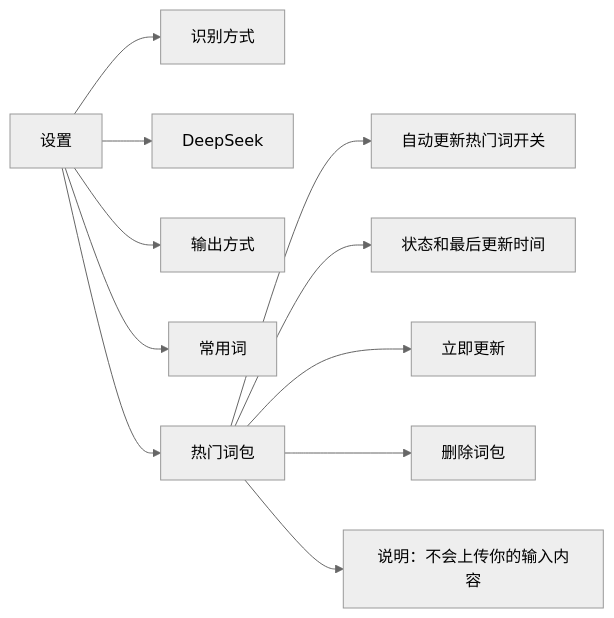
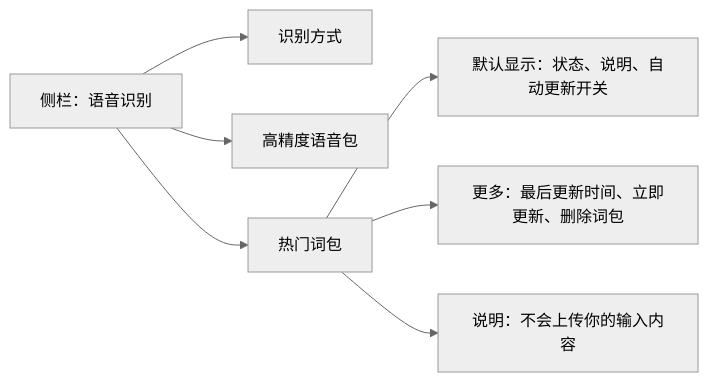
The fourth of 4 diagrams in docs/versions/1.4.0/INTERACTION_FLOW.zh-CN.md (whnnick/readytype), drawn with Mermaid (neutral theme) before and after one commit. The commit also changed other lines of this file and 14 other files, not shown here.

````diff
--- a/docs/versions/1.4.0/INTERACTION_FLOW.zh-CN.md
+++ b/docs/versions/1.4.0/INTERACTION_FLOW.zh-CN.md
@@ -75,13 +75,9 @@
 ```mermaid
 flowchart LR
-    A["设置"] --> B["识别方式"]
-    A --> C["DeepSeek"]
-    A --> D["输出方式"]
-    A --> E["常用词"]
-    A --> F["热门词包"]
-    F --> G["自动更新热门词开关"]
-    F --> H["状态和最后更新时间"]
-    F --> I["立即更新"]
-    F --> J["删除词包"]
-    F --> K["说明：不会上传你的输入内容"]
+    A["侧栏：语音识别"] --> B["识别方式"]
+    A --> C["高精度语音包"]
+    A --> D["热门词包"]
+    D --> E["默认显示：状态、说明、自动更新开关"]
+    D --> F["更多：最后更新时间、立即更新、删除词包"]
+    D --> G["说明：不会上传你的输入内容"]
 ```
````
